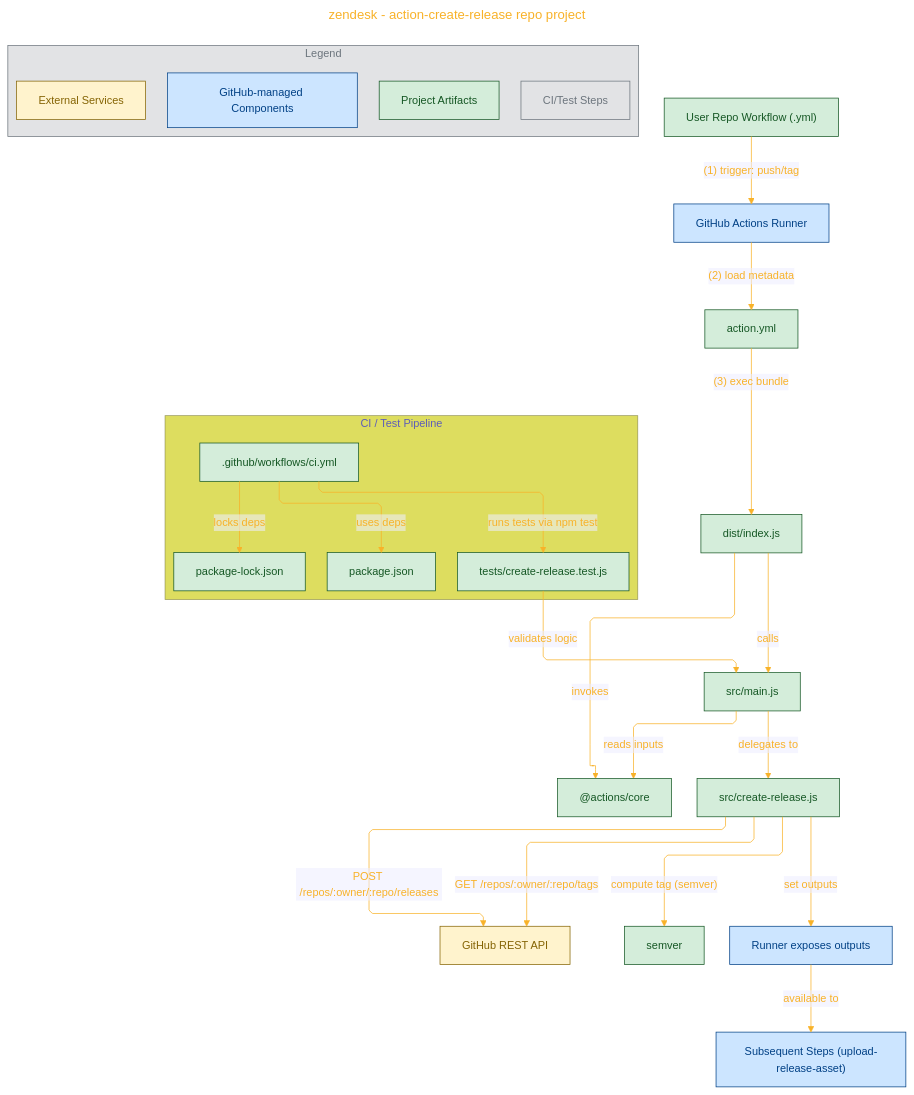
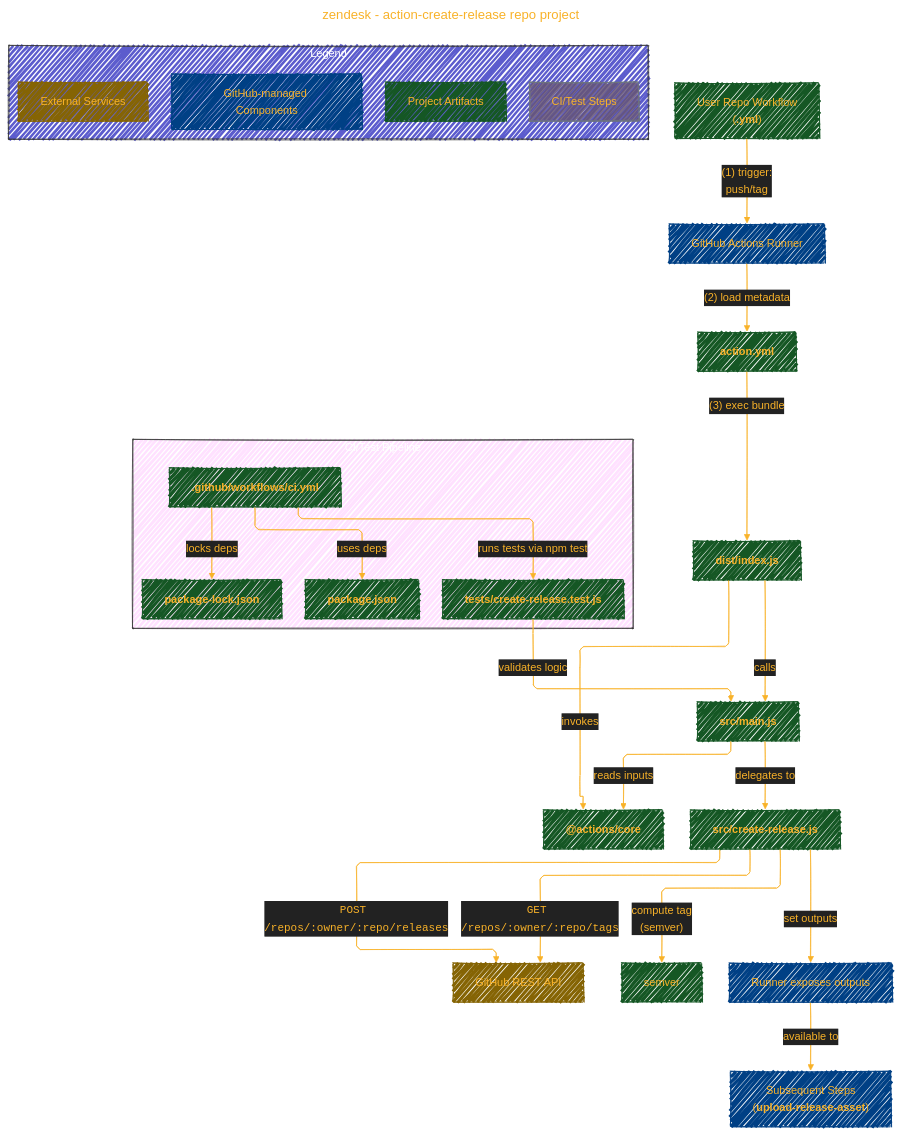
One commit to CongLeSolutionX/Synthetic-Zooniverse changed the first of 2 diagrams in GGML_ORG/OTHER_TOOLS/action-create-release_zendesk.md. Above: the diagram before and after it, drawn with Mermaid.

Commit message:
update notes

```diff
--- a/GGML_ORG/OTHER_TOOLS/action-create-release_zendesk.md
+++ b/GGML_ORG/OTHER_TOOLS/action-create-release_zendesk.md
@@ -50,6 +50,7 @@
 config:
   layout: elk
   theme: base
+  look: handDrawn
 ---
 %%%%%%%% Mermaid version v11.4.1-b.14
 %%%%%%%% Available curve styles include the following keywords:
@@ -63,7 +64,7 @@
       'primaryTextColor': '#F8B229',
       'lineColor': '#F8B229',
       'primaryBorderColor': '#27AE60',
-      'secondaryColor': '#EEF2',
+      'secondaryColor': '#222',
       'secondaryTextColor': '#6C3483',
       'secondaryBorderColor': '#A569BD',
       'fontSize': '15px'
@@ -72,38 +73,39 @@
 }%%
 flowchart TD
     %% User Trigger
-    A["User Repo Workflow (.yml)"]:::project
-    A -->|"(1) trigger: push/tag"| B["GitHub Actions Runner"]:::github
+    A["User Repo Workflow<br/>(<b>.yml</b>)"]:::project
+    A -->|"(1) trigger:<br/>push/tag"| B["GitHub Actions Runner"]:::github
 
     %% Action Execution Flow
-    B -->|"(2) load metadata"| C["action.yml"]:::project
-    C -->|"(3) exec bundle"| D["dist/index.js"]:::project
-    D -->|"invokes"| E["@actions/core"]:::project
-    D -->|"calls"| F["src/main.js"]:::project
+    B -->|"(2) load metadata"| C["<b>action.yml</b>"]:::project
+    C -->|"(3) exec bundle"| D["<b>dist/index.js</b>"]:::project
+    D -->|"invokes"| E["<b>@actions/core</b>"]:::project
+    D -->|"calls"| F["<b>src/main.js</b>"]:::project
     F -->|"reads inputs"| E
-    F -->|"delegates to"| G["src/create-release.js"]:::project
+    F -->|"delegates to"| G["<b>src/create-release.js</b>"]:::project
 
     %% Release Logic
-    G -->|"GET /repos/:owner/:repo/tags"| H["GitHub REST API"]:::external
-    G -->|"compute tag (semver)"| I["semver"]:::project
-    G -->|"POST /repos/:owner/:repo/releases"| H
+    G -->|"<code>GET /repos/:owner/:repo/tags</code>"| H["GitHub REST API"]:::external
+    G -->|"compute tag<br/>(semver)"| I["semver"]:::project
+    G -->|"<code>POST /repos/:owner/:repo/releases</code>"| H
     G -->|"set outputs"| J["Runner exposes outputs"]:::github
-    J -->|"available to"| K["Subsequent Steps (upload-release-asset)"]:::github
+    J -->|"available to"| K["Subsequent Steps<br/>(<b>upload-release-asset</b>)"]:::github
 
-    %% CI/Test Pipeline
-    subgraph "CI / Test Pipeline"
-        CI1[".github/workflows/ci.yml"]:::project
-        CI2["tests/create-release.test.js"]:::project
-        CI3["package.json"]:::project
-        CI4["package-lock.json"]:::project
+    subgraph CI_Test_Pipeline["CI/Test Pipeline"]
+    style CI_Test_Pipeline fill:#F2F2,stroke:#333,stroke-width:1px, color: #FFFF
+        CI1["<b>.github/workflows/ci.yml</b>"]:::project
+        CI2["<b>tests/create-release.test.js</b>"]:::project
+        CI3["<b>package.json</b>"]:::project
+        CI4["<b>package-lock.json</b>"]:::project
     end
+
     CI1 -->|"runs tests via npm test"| CI2
     CI2 -->|"validates logic"| F
     CI1 -->|"uses deps"| CI3
     CI1 -->|"locks deps"| CI4
 
-    %% Legend
-    subgraph Legend
+    subgraph Legend["Legend"]
+    style Legend fill:#22BB,stroke:#333,stroke-width:1px, color: #FFFF
         L1["GitHub-managed Components"]:::github
         L2["Project Artifacts"]:::project
         L3["External Services"]:::external
@@ -121,10 +123,11 @@
     click CI4 "https://github.com/zendesk/action-create-release/blob/master/package-lock.json"
 
     %% Styles
-    classDef github fill:#cce5ff,stroke:#004085,color:#004085;
-    classDef project fill:#d4edda,stroke:#155724,color:#155724;
-    classDef external fill:#fff3cd,stroke:#856404,color:#856404;
-    classDef ci fill:#e2e3e5,stroke:#6c757d,color:#6c757d;
+    classDef github fill:#004085,stroke:#004085
+    classDef project fill:#155724,stroke:#155724
+    classDef external fill:#856404,stroke:#856404
+    classDef ci fill:#657d,stroke:#6c757d
+    
     class Legend,L1,L2,L3,L4 ci
     class L1 github
     class L2 project
```
